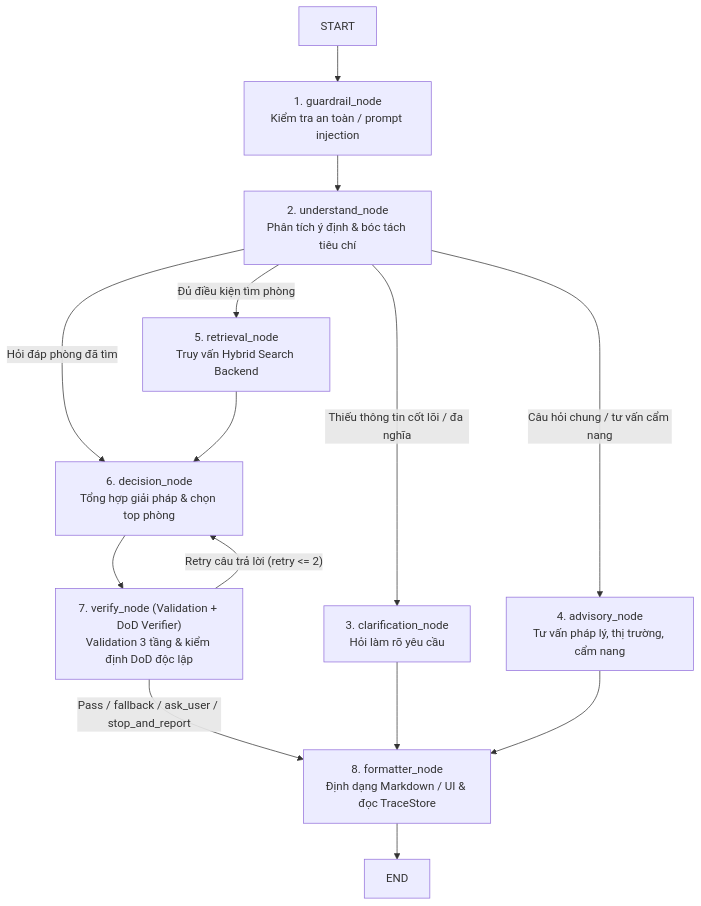
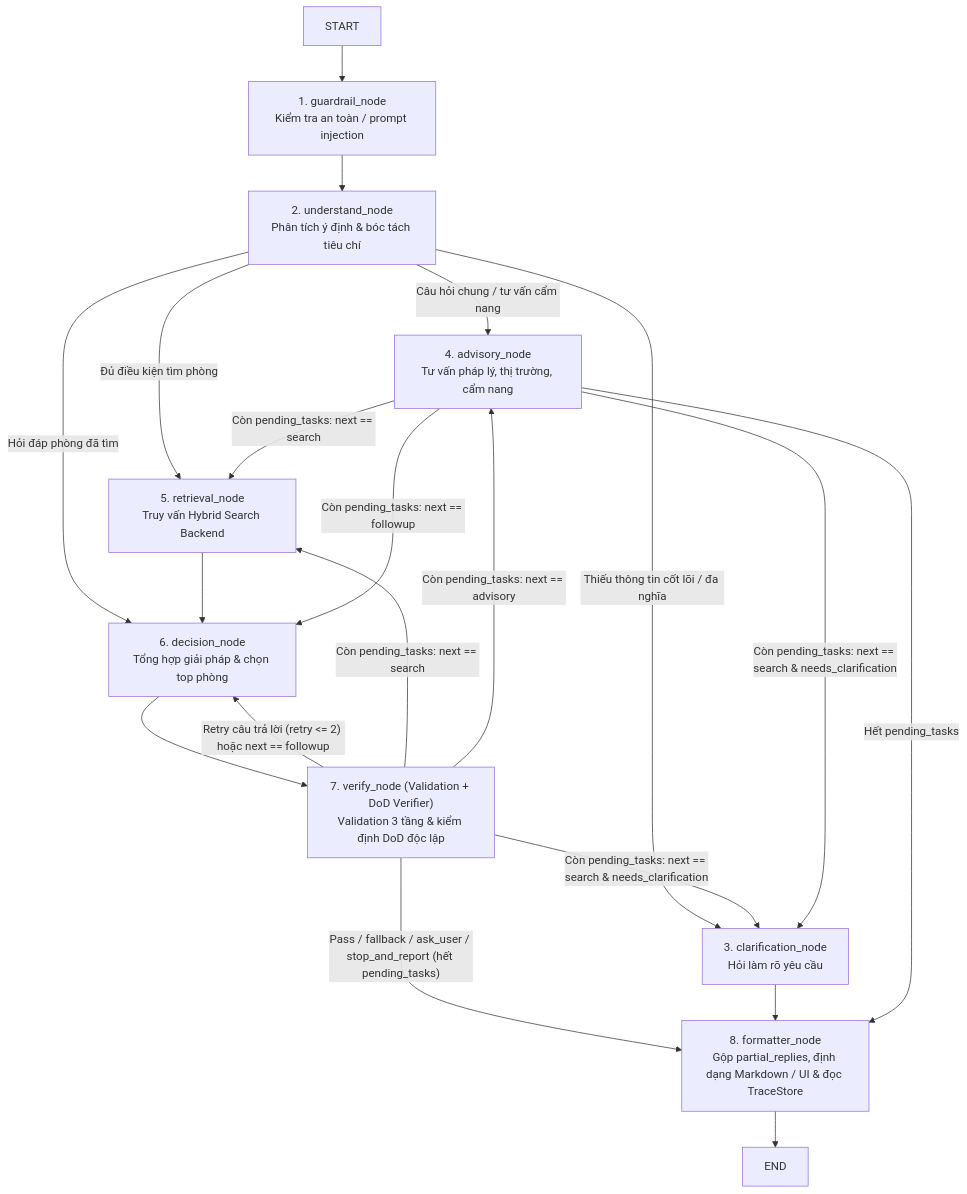
One commit to undead04/intelligent-room-rental changed the diagram in docs/architecture/modules/ai-agent-graph.md. Above: the diagram before and after it, drawn with Mermaid. The commit also changed other lines of this file and 86 other files, not shown here.

````diff
--- a/docs/architecture/modules/ai-agent-graph.md
+++ b/docs/architecture/modules/ai-agent-graph.md
@@ -11,21 +11,27 @@
 ```mermaid
 flowchart TD
     START --> guardrail_node["1. guardrail_node<br/>Kiểm tra an toàn / prompt injection"]
     guardrail_node --> understand_node["2. understand_node<br/>Phân tích ý định & bóc tách tiêu chí"]
     
     understand_node -->|Thiếu thông tin cốt lõi / đa nghĩa| clarification_node["3. clarification_node<br/>Hỏi làm rõ yêu cầu"]
     understand_node -->|Câu hỏi chung / tư vấn cẩm nang| advisory_node["4. advisory_node<br/>Tư vấn pháp lý, thị trường, cẩm nang"]
     understand_node -->|Đủ điều kiện tìm phòng| retrieval_node["5. retrieval_node<br/>Truy vấn Hybrid Search Backend"]
     understand_node -->|Hỏi đáp phòng đã tìm| decision_node["6. decision_node<br/>Tổng hợp giải pháp & chọn top phòng"]
     
     retrieval_node --> decision_node
     
     decision_node --> verify_node["7. verify_node (Validation + DoD Verifier)<br/>Validation 3 tầng & kiểm định DoD độc lập"]
-    verify_node -->|"Retry câu trả lời (retry <= 2)"| decision_node
-    verify_node -->|"Pass / fallback / ask_user / stop_and_report"| formatter_node["8. formatter_node<br/>Định dạng Markdown / UI & đọc TraceStore"]
+    verify_node -->|"Retry câu trả lời (retry <= 2) hoặc next == followup"| decision_node
+    verify_node -->|"Còn pending_tasks: next == search"| retrieval_node
+    verify_node -->|"Còn pending_tasks: next == search & needs_clarification"| clarification_node
+    verify_node -->|"Còn pending_tasks: next == advisory"| advisory_node
+    verify_node -->|"Pass / fallback / ask_user / stop_and_report (hết pending_tasks)"| formatter_node["8. formatter_node<br/>Gộp partial_replies, định dạng Markdown / UI & đọc TraceStore"]
     
     clarification_node --> formatter_node
-    advisory_node --> formatter_node
+    advisory_node -->|"Hết pending_tasks"| formatter_node
+    advisory_node -->|"Còn pending_tasks: next == search"| retrieval_node
+    advisory_node -->|"Còn pending_tasks: next == search & needs_clarification"| clarification_node
+    advisory_node -->|"Còn pending_tasks: next == followup"| decision_node
     
     formatter_node --> END
 ```
````
